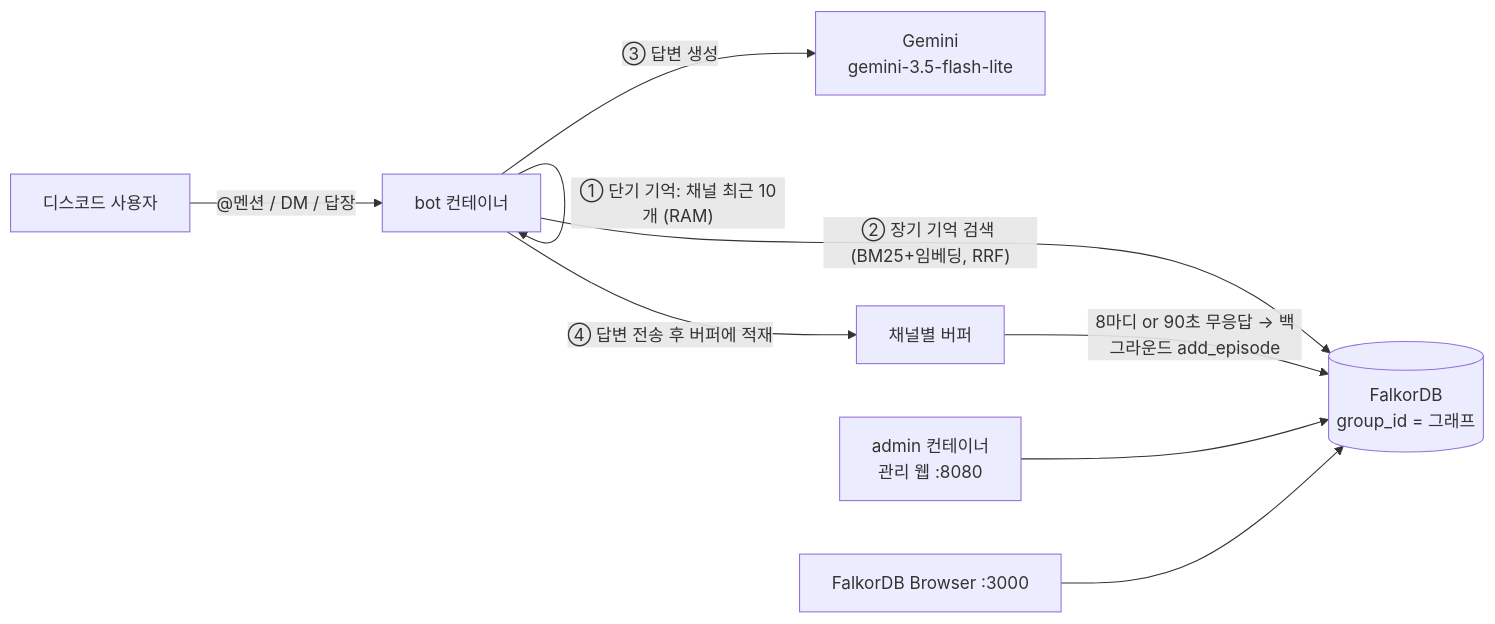
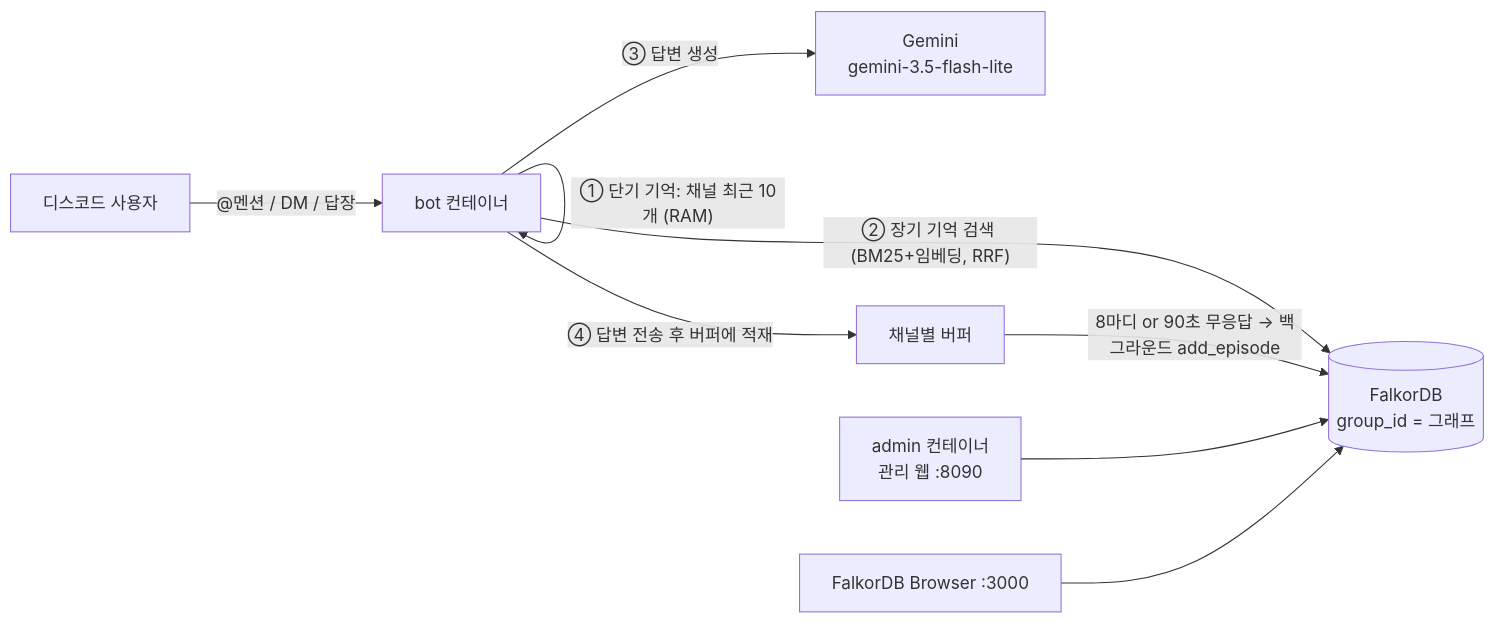
The diagram in README.md (mclusky0626/Studyme5), drawn with Mermaid before and after one commit. The commit also changed other lines of this file and 13 other files, not shown here.

````diff
--- a/README.md
+++ b/README.md
@@ -6,11 +6,11 @@
 ```mermaid
 flowchart LR
     U[디스코드 사용자] -- "@멘션 / DM / 답장" --> B[bot 컨테이너]
     B -- "① 단기 기억: 채널 최근 10개 (RAM)" --> B
     B -- "② 장기 기억 검색 (BM25+임베딩, RRF)" --> F[(FalkorDB<br/>group_id = 그래프)]
     B -- "③ 답변 생성" --> G[Gemini<br/>gemini-3.5-flash-lite]
     B -- "④ 답변 전송 후 버퍼에 적재" --> Q[채널별 버퍼]
     Q -- "8마디 or 90초 무응답 → 백그라운드 add_episode" --> F
-    A[admin 컨테이너<br/>관리 웹 :8080] --> F
+    A[admin 컨테이너<br/>관리 웹 :8090] --> F
     FB[FalkorDB Browser :3000] --> F
 ```
````
